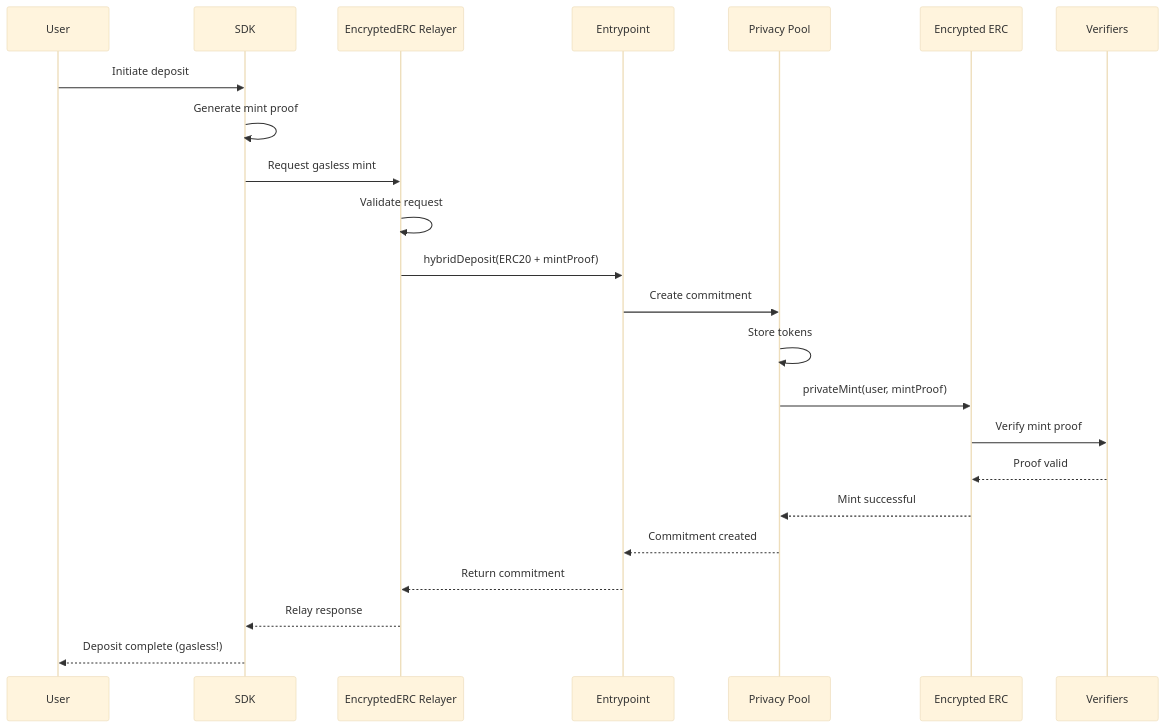
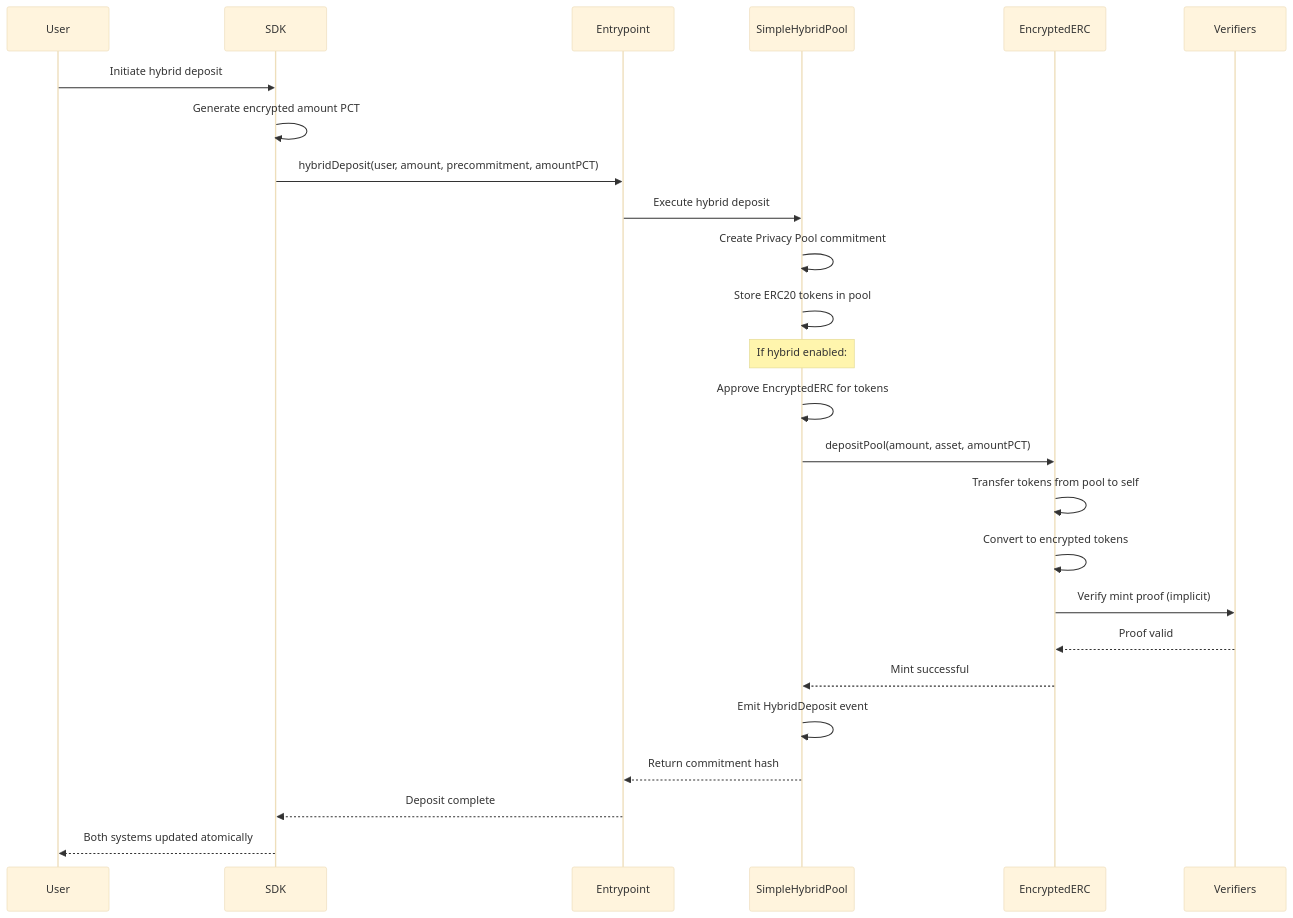
Before and after one commit to Lunaris-protocol/lunaris-private-pools: the first of 3 diagrams in README.md, drawn with Mermaid (base theme). The commit also changed other lines of this file and 10 other files, not shown here.

````diff
--- a/README.md
+++ b/README.md
@@ -134,26 +133,28 @@
 ```mermaid
 sequenceDiagram
     participant U as User
     participant S as SDK
-    participant R as EncryptedERC Relayer
     participant E as Entrypoint
-    participant P as Privacy Pool
-    participant EERC as Encrypted ERC
+    participant HP as SimpleHybridPool
+    participant EERC as EncryptedERC
     participant V as Verifiers
 
-    U->>S: Initiate deposit
-    S->>S: Generate mint proof
-    S->>R: Request gasless mint
-    R->>R: Validate request
-    R->>E: hybridDeposit(ERC20 + mintProof)
-    E->>P: Create commitment
-    P->>P: Store tokens
-    P->>EERC: privateMint(user, mintProof)
-    EERC->>V: Verify mint proof
+    U->>S: Initiate hybrid deposit
+    S->>S: Generate encrypted amount PCT
+    S->>E: hybridDeposit(user, amount, precommitment, amountPCT)
+    E->>HP: Execute hybrid deposit
+    HP->>HP: Create Privacy Pool commitment
+    HP->>HP: Store ERC20 tokens in pool
+    Note over HP: If hybrid enabled:
+    HP->>HP: Approve EncryptedERC for tokens
+    HP->>EERC: depositPool(amount, asset, amountPCT)
+    EERC->>EERC: Transfer tokens from pool to self
+    EERC->>EERC: Convert to encrypted tokens
+    EERC->>V: Verify mint proof (implicit)
     V-->>EERC: Proof valid
-    EERC-->>P: Mint successful
-    P-->>E: Commitment created
-    E-->>R: Return commitment
-    R-->>S: Relay response
-    S-->>U: Deposit complete (gasless!)
+    EERC-->>HP: Mint successful
+    HP->>HP: Emit HybridDeposit event
+    HP-->>E: Return commitment hash
+    E-->>S: Deposit complete
+    S-->>U: Both systems updated atomically
 ```
````
